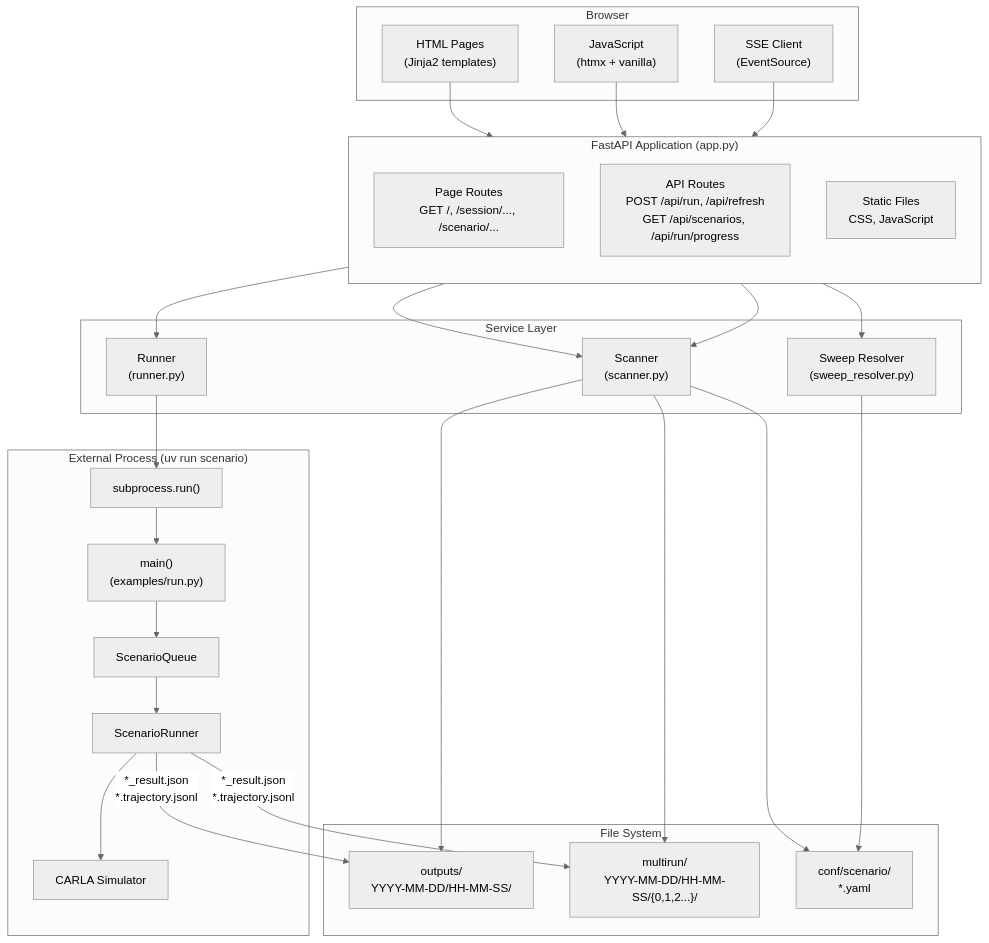
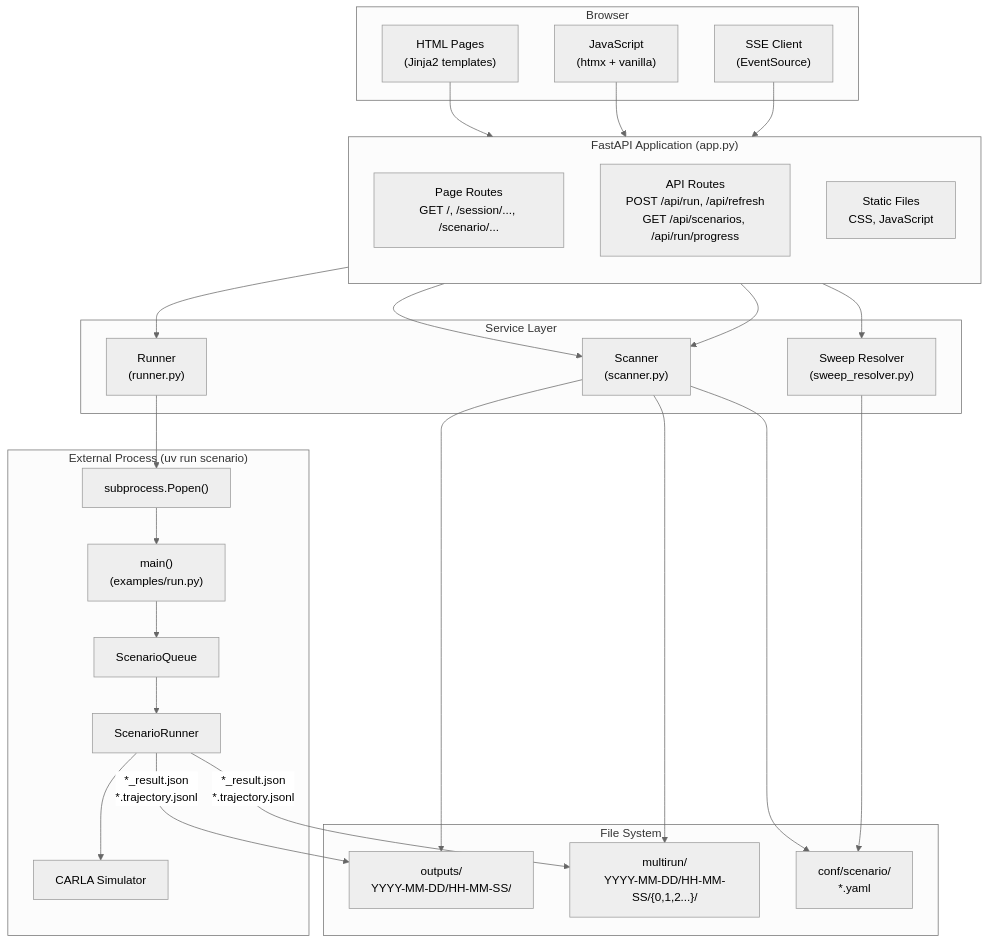
The seventh of 13 diagrams in autoware_carla_scenario/docs/architecture.md (autowarefoundation/autoware_carla_scenario), drawn with Mermaid (neutral theme) before and after one commit. The commit also changed other lines of this file and 14 other files, not shown here.

````diff
--- a/autoware_carla_scenario/docs/architecture.md
+++ b/autoware_carla_scenario/docs/architecture.md
@@ -1002,54 +1002,54 @@
 ```mermaid
 graph TB
     subgraph Browser["Browser"]
         HTML["HTML Pages<br/>(Jinja2 templates)"]
         SSE["SSE Client<br/>(EventSource)"]
         JS["JavaScript<br/>(htmx + vanilla)"]
     end
 
     subgraph FastAPI["FastAPI Application (app.py)"]
         direction TB
         pages["Page Routes<br/>GET /, /session/..., /scenario/..."]
         api["API Routes<br/>POST /api/run, /api/refresh<br/>GET /api/scenarios, /api/run/progress"]
         static["Static Files<br/>CSS, JavaScript"]
     end
 
     subgraph Services["Service Layer"]
         scanner_svc["Scanner<br/>(scanner.py)"]
         runner_svc["Runner<br/>(runner.py)"]
         sweep_svc["Sweep Resolver<br/>(sweep_resolver.py)"]
     end
 
     subgraph Storage["File System"]
         outputs["outputs/<br/>YYYY-MM-DD/HH-MM-SS/"]
         multirun["multirun/<br/>YYYY-MM-DD/HH-MM-SS/{0,1,2...}/"]
         conf["conf/scenario/<br/>*.yaml"]
     end
 
     subgraph External["External Process (uv run scenario)"]
-        subprocess["subprocess.run()"]
+        subprocess["subprocess.Popen()"]
         ext_main["main()<br/>(examples/run.py)"]
         ext_queue["ScenarioQueue"]
         ext_runner["ScenarioRunner"]
         ext_carla["CARLA Simulator"]
     end
 
     HTML --> pages
     JS --> api
     SSE --> api
     pages --> scanner_svc
     api --> scanner_svc
     api --> runner_svc
     api --> sweep_svc
     scanner_svc --> outputs
     scanner_svc --> multirun
     scanner_svc --> conf
     runner_svc --> subprocess
     subprocess --> ext_main
     ext_main --> ext_queue
     ext_queue --> ext_runner
     ext_runner --> ext_carla
     sweep_svc --> conf
     ext_runner -->|"*_result.json<br/>*.trajectory.jsonl"| outputs
     ext_runner -->|"*_result.json<br/>*.trajectory.jsonl"| multirun
 ```
````
